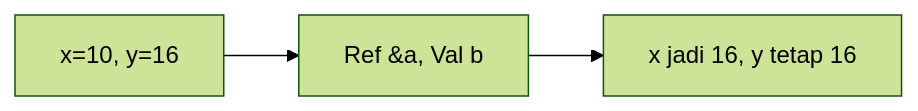
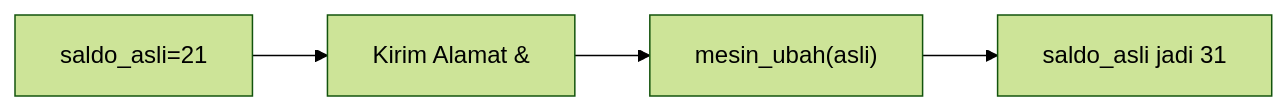
One commit to amnahwaida/OSNK_INF_PREP changed the seventh of 25 diagrams in part-c-pemahaman-cpp/04-fungsi/latihan/set-07.md. Above: the diagram before and after it, drawn with Mermaid (forest theme). The commit also changed other lines of this file and 71 other files, not shown here.

````diff
--- a/part-c-pemahaman-cpp/04-fungsi/latihan/set-07.md
+++ b/part-c-pemahaman-cpp/04-fungsi/latihan/set-07.md
@@ -179,5 +189,6 @@
 ```mermaid
 graph LR
-A["x=10, y=16"] --> B["Ref &a, Val b"]
-B --> C["x jadi 16, y tetap 16"]
+A["saldo_asli=21"] --> B["Kirim Alamat &"]
+B --> C["mesin_ubah(asli)"]
+C --> D["saldo_asli jadi 31"]
 ```
````
